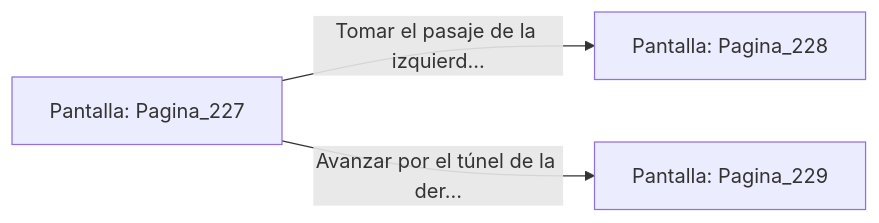
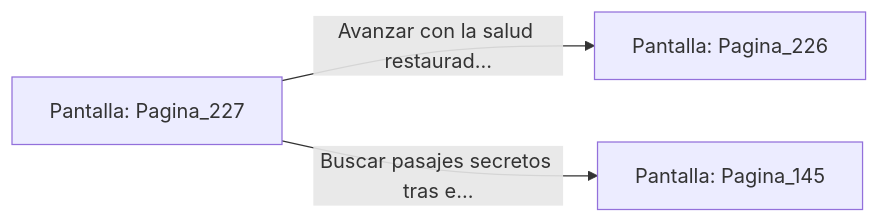
Before and after one commit to metsuke/mpl: the diagram in sample/eligejuego-vault/Pantalla_Pagina_227.md, drawn with Mermaid. The commit also changed other lines of this file and 635 other files, not shown here.

First line of the commit message:
fix: añadir Pagina_1 como pantalla inicial en capitulo_01.mpl

````diff
--- a/sample/eligejuego-vault/Pantalla_Pagina_227.md
+++ b/sample/eligejuego-vault/Pantalla_Pagina_227.md
@@ -20,6 +24,6 @@
 ```mermaid
 graph LR
     P_Pagina_227["Pantalla: Pagina_227"]
-    P_Pagina_227 -->|"Tomar el pasaje de la izquierd..."| P_Pagina_228["Pantalla: Pagina_228"]
-    P_Pagina_227 -->|"Avanzar por el túnel de la der..."| P_Pagina_229["Pantalla: Pagina_229"]
+    P_Pagina_227 -->|"Avanzar con la salud restaurad..."| P_Pagina_226["Pantalla: Pagina_226"]
+    P_Pagina_227 -->|"Buscar pasajes secretos tras e..."| P_Pagina_145["Pantalla: Pagina_145"]
 ```
````
